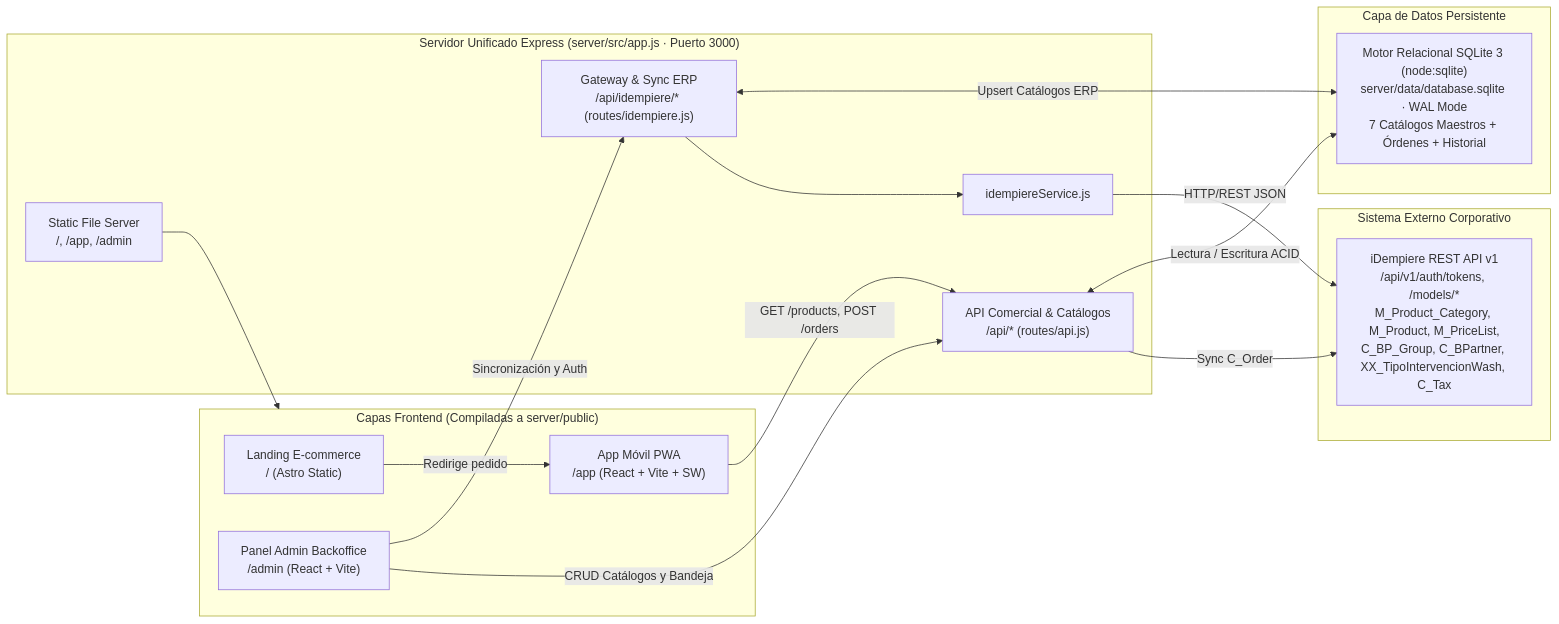
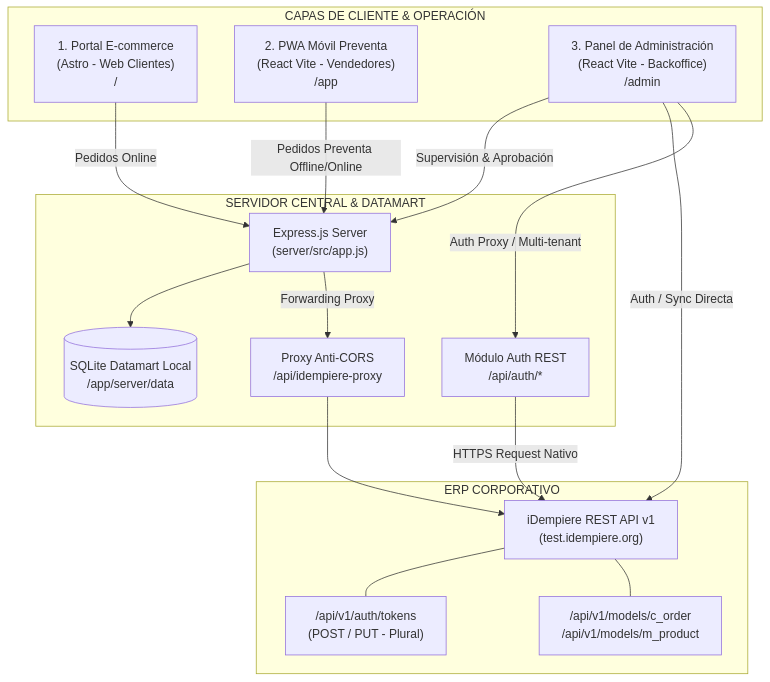
One commit to jorgeijni/scaffold_base changed the first of 2 diagrams in ARCHITECTURE.md. Above: the diagram before and after it, drawn with Mermaid. The commit also changed other lines of this file and 71 other files, not shown here.

Commit message:
chore: sync RapidFood ERP project files and verify build

````diff
--- a/ARCHITECTURE.md
+++ b/ARCHITECTURE.md
@@ -11,34 +11,33 @@
 ```mermaid
-flowchart LR
-  subgraph Clientes["Capas Frontend (Compiladas a server/public)"]
-    E["Landing E-commerce\n/ (Astro Static)"]
-    P["App Móvil PWA\n/app (React + Vite + SW)"]
-    A["Panel Admin Backoffice\n/admin (React + Vite)"]
-  end
+flowchart TD
+    subgraph CapasDeUsuario ["CAPAS DE CLIENTE & OPERACIÓN"]
+        EC["1. Portal E-commerce\n(Astro - Web Clientes)\n/"]
+        PWA["2. PWA Móvil Preventa\n(React Vite - Vendedores)\n/app"]
+        ADM["3. Panel de Administración\n(React Vite - Backoffice)\n/admin"]
+    end
 
-  subgraph Backend["Servidor Unificado Express (server/src/app.js · Puerto 3000)"]
-    STATIC["Static File Server\n/, /app, /admin"]
-    API["API Comercial & Catálogos\n/api/* (routes/api.js)"]
-    GW["Gateway & Sync ERP\n/api/idempiere/* (routes/idempiere.js)"]
-    SVC["idempiereService.js"]
-  end
+    subgraph BackendServer ["SERVIDOR CENTRAL & DATAMART"]
+        SRV["Express.js Server\n(server/src/app.js)"]
+        AUTH_ROUTER["Módulo Auth REST\n/api/auth/*"]
+        PROXY["Proxy Anti-CORS\n/api/idempiere-proxy"]
+        SQLITE[("SQLite Datamart Local\n/app/server/data")]
+    end
 
-  subgraph Data["Capa de Datos Persistente"]
-    SQLITE["Motor Relacional SQLite 3 (node:sqlite)\nserver/data/database.sqlite · WAL Mode\n7 Catálogos Maestros + Órdenes + Historial"]
-  end
+    subgraph ERPIntegration ["ERP CORPORATIVO"]
+        IDEM["iDempiere REST API v1\n(test.idempiere.org)"]
+        AUTH["/api/v1/auth/tokens\n(POST / PUT - Plural)"]
+        MODELS["/api/v1/models/c_order\n/api/v1/models/m_product"]
+    end
 
-  subgraph External["Sistema Externo Corporativo"]
-    ERP["iDempiere REST API v1\n/api/v1/auth/tokens, /models/*\nM_Product_Category, M_Product, M_PriceList,\nC_BP_Group, C_BPartner, XX_TipoIntervencionWash, C_Tax"]
-  end
-
-  E -->|Redirige pedido| P
-  P -->|GET /products, POST /orders| API
-  A -->|CRUD Catálogos y Bandeja| API
-  A -->|Sincronización y Auth| GW
-  GW --> SVC
-  SVC -->|HTTP/REST JSON| ERP
-  API -->|Sync C_Order| ERP
-  API <-->|Lectura / Escritura ACID| SQLITE
-  GW <-->|Upsert Catálogos ERP| SQLITE
-  STATIC --> Clientes
+    EC -->|Pedidos Online| SRV
+    PWA -->|Pedidos Preventa Offline/Online| SRV
+    ADM -->|Supervisión & Aprobación| SRV
+    SRV --> SQLITE
+    ADM -->|Auth / Sync Directa| IDEM
+    ADM -->|Auth Proxy / Multi-tenant| AUTH_ROUTER
+    AUTH_ROUTER -->|HTTPS Request Nativo| IDEM
+    SRV -->|Forwarding Proxy| PROXY
+    PROXY --> IDEM
+    IDEM --- AUTH
+    IDEM --- MODELS
 ```
````
